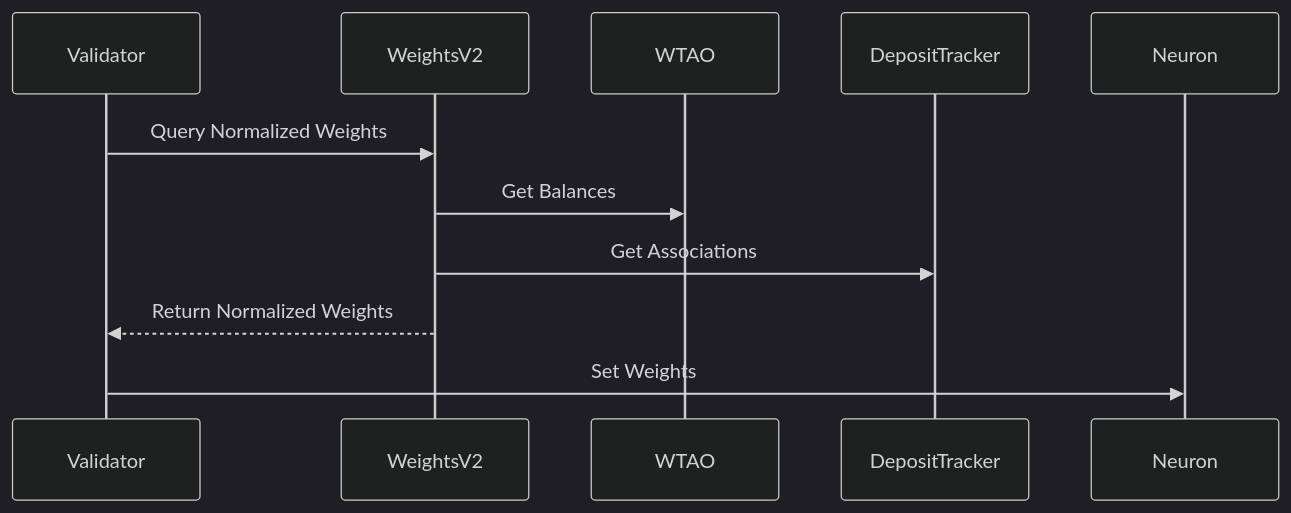
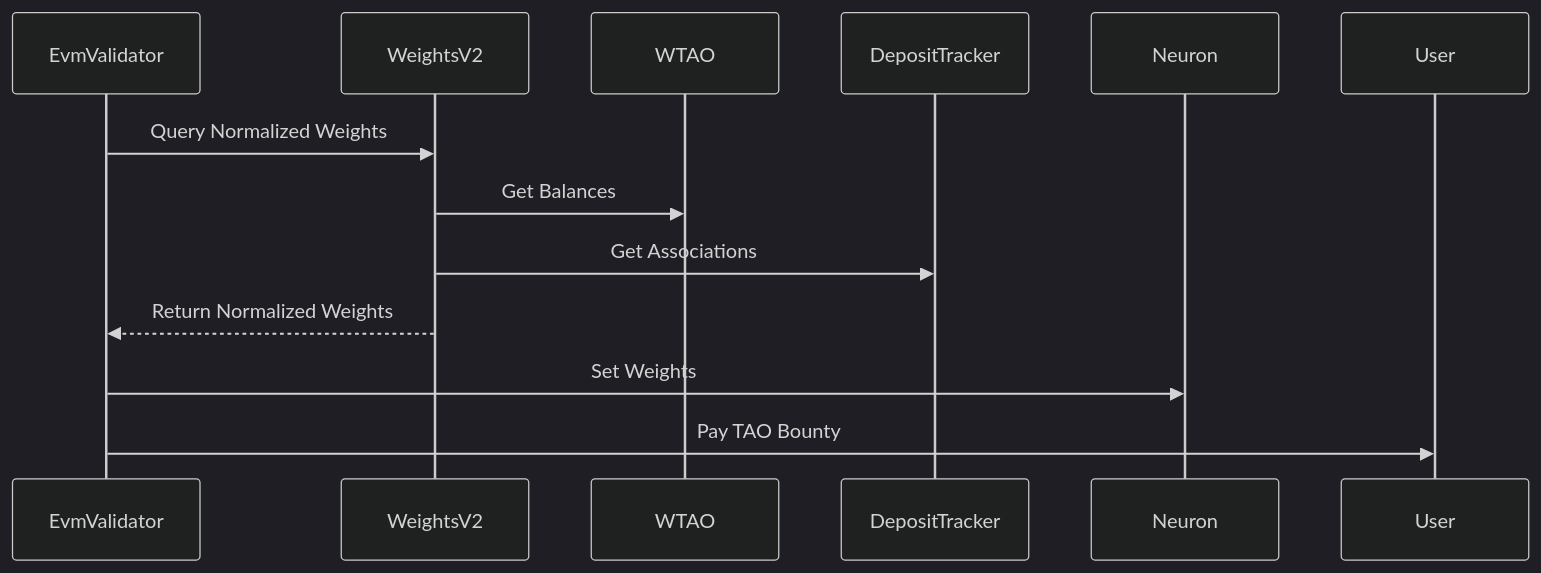
One commit to taonado/taonado-cash changed the second of 4 diagrams in ARCHITECTURE.md. Above: the diagram before and after it, drawn with Mermaid (dark theme). The commit also changed other lines of this file and 1 other file, not shown here.

````diff
--- a/ARCHITECTURE.md
+++ b/ARCHITECTURE.md
@@ -102,8 +131,9 @@
    ```mermaid
    sequenceDiagram
-       Validator->>WeightsV2: Query Normalized Weights
+       EvmValidator->>WeightsV2: Query Normalized Weights
        WeightsV2->>WTAO: Get Balances
        WeightsV2->>DepositTracker: Get Associations
-       WeightsV2-->>Validator: Return Normalized Weights
-       Validator->>Neuron: Set Weights
+       WeightsV2-->>EvmValidator: Return Normalized Weights
+       EvmValidator->>Neuron: Set Weights
+       EvmValidator->>User: Pay TAO Bounty
    ```
````
